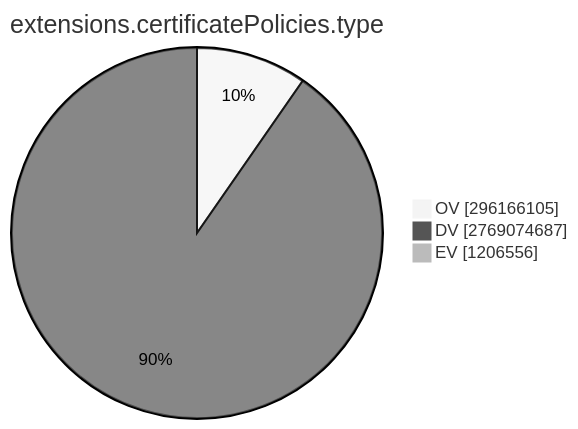
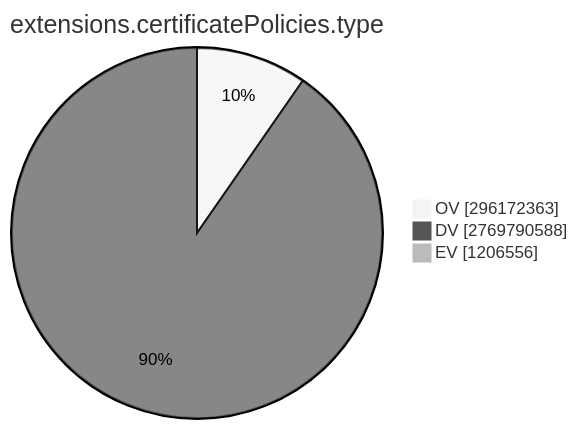
The ninth of 15 diagrams in TOTAL/README.md (christiankrug/ctmonitor_visualization), drawn with Mermaid (neutral theme) before and after one commit. The commit also changed other lines of this file, not shown here.

````diff
--- a/TOTAL/README.md
+++ b/TOTAL/README.md
@@ -3099,7 +3099,7 @@
 ```mermaid
 pie showData
 title extensions.certificatePolicies.type
-"OV" :296166105
-"DV" :2769074687
+"OV" :296172363
+"DV" :2769790588
 "EV" :1206556
 ```
````
